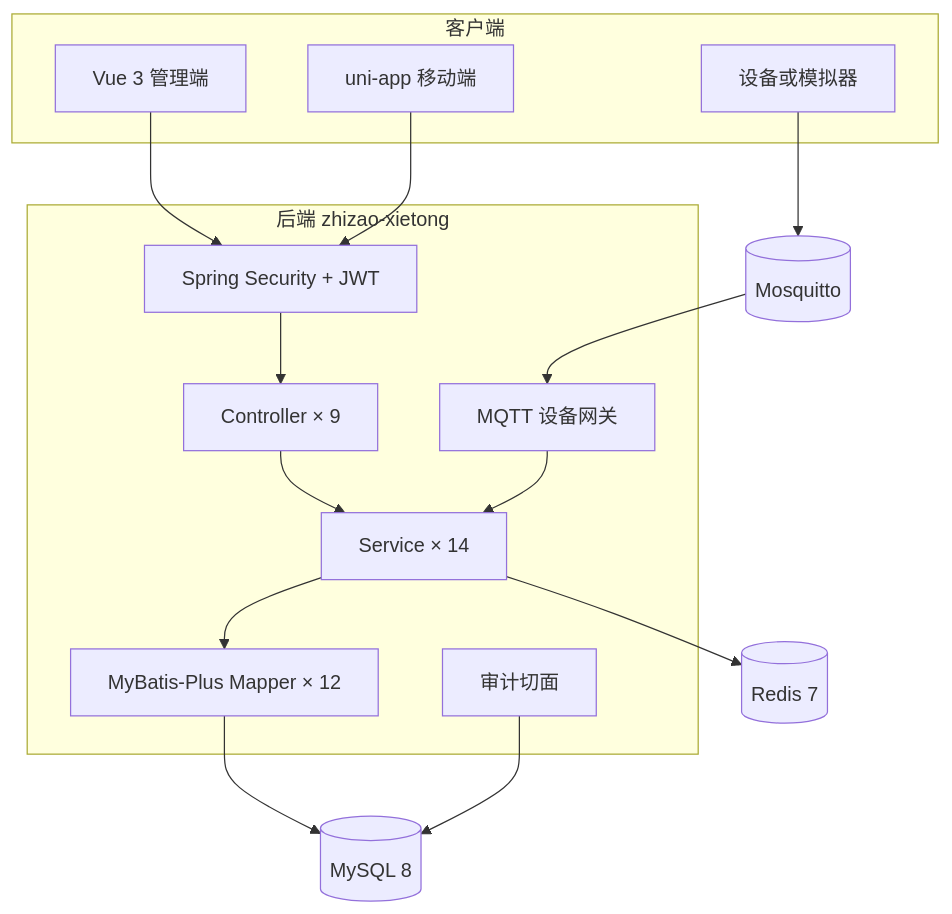
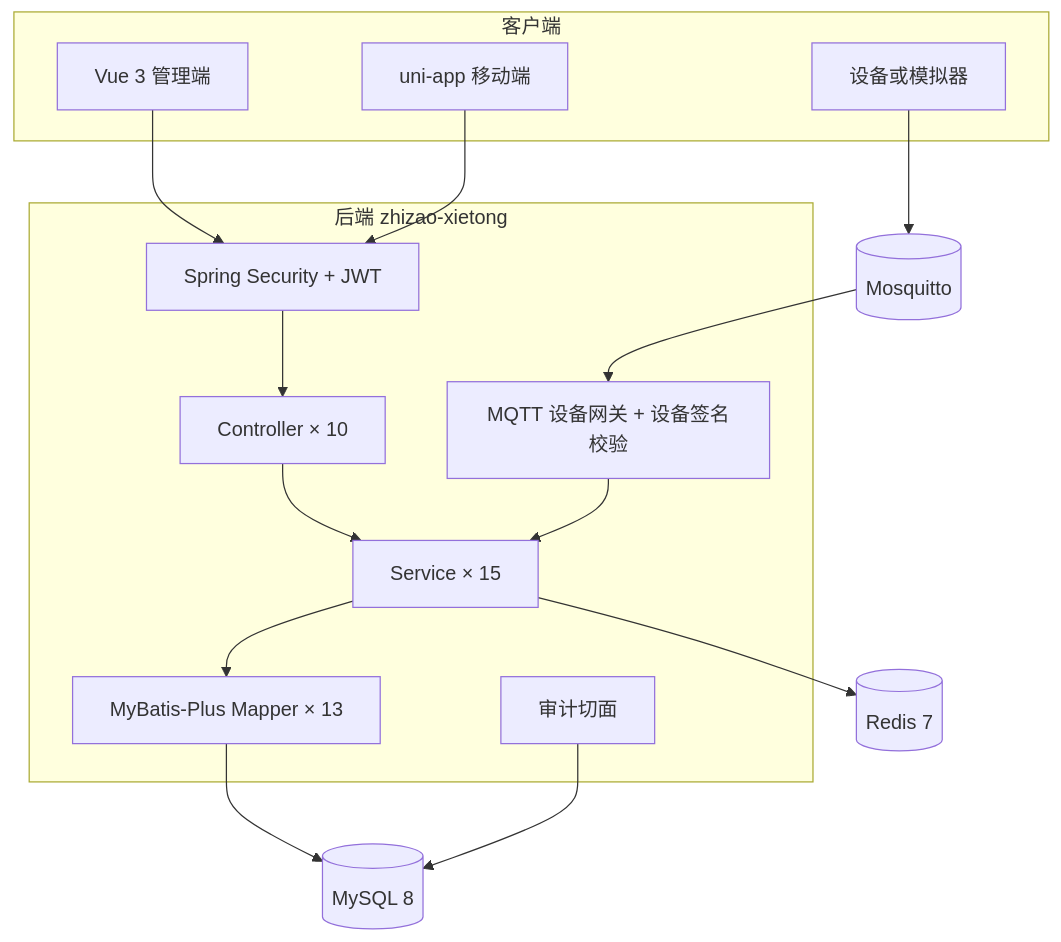
Before and after one commit to HH112-ux/Industrial-Application: the first of 3 diagrams in docs/ENGINEERING-DESIGN.md, drawn with Mermaid. The commit also changed other lines of this file and 3 other files, not shown here.

````diff
--- a/docs/ENGINEERING-DESIGN.md
+++ b/docs/ENGINEERING-DESIGN.md
@@ -53,31 +53,31 @@
 ```mermaid
 graph TB
     subgraph "客户端"
         Web["Vue 3 管理端"]
         Mobile["uni-app 移动端"]
         Device["设备或模拟器"]
     end
     subgraph "后端 zhizao-xietong"
         Sec["Spring Security + JWT"]
-        Ctrl["Controller × 9"]
-        Svc["Service × 14"]
-        Gateway["MQTT 设备网关"]
+        Ctrl["Controller × 10"]
+        Svc["Service × 15"]
+        Gateway["MQTT 设备网关 + 设备签名校验"]
         Aspect["审计切面"]
-        Mapper["MyBatis-Plus Mapper × 12"]
+        Mapper["MyBatis-Plus Mapper × 13"]
     end
     DB[("MySQL 8")]
     Redis[("Redis 7")]
     MQ[("Mosquitto")]
 
     Web --> Sec
     Mobile --> Sec
     Sec --> Ctrl
     Ctrl --> Svc
     Svc --> Mapper
     Mapper --> DB
     Device --> MQ
     MQ --> Gateway
     Gateway --> Svc
     Svc --> Redis
     Aspect --> DB
 ```
````
